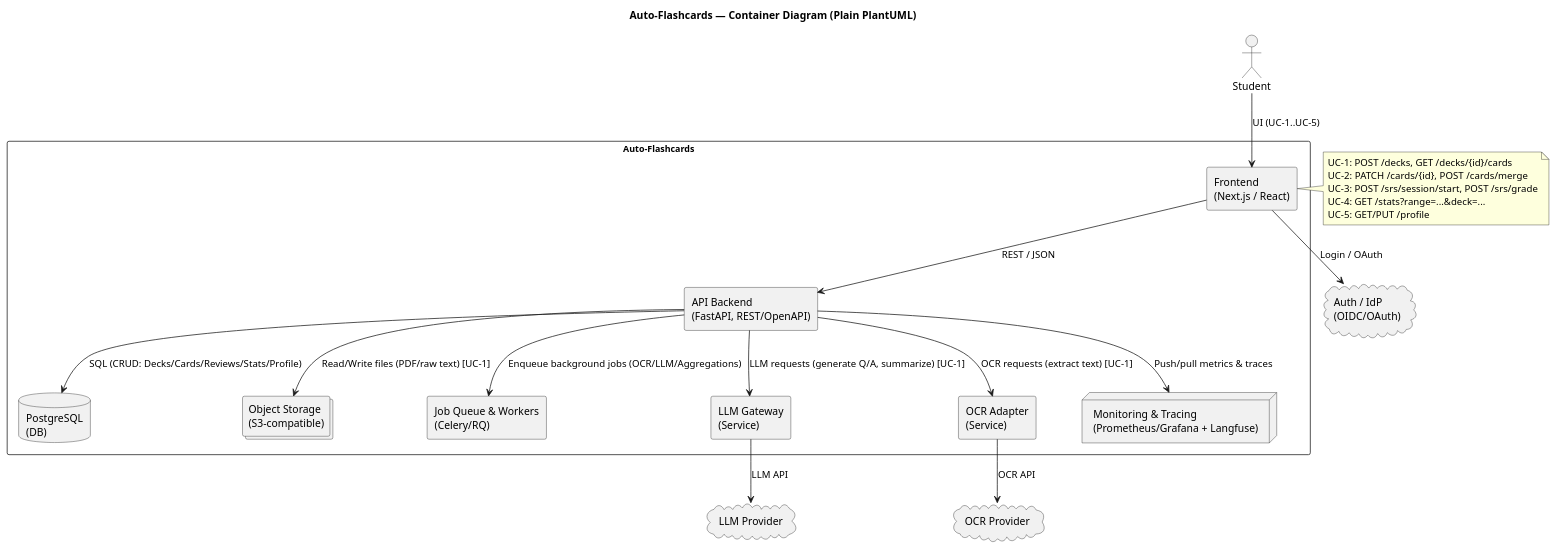
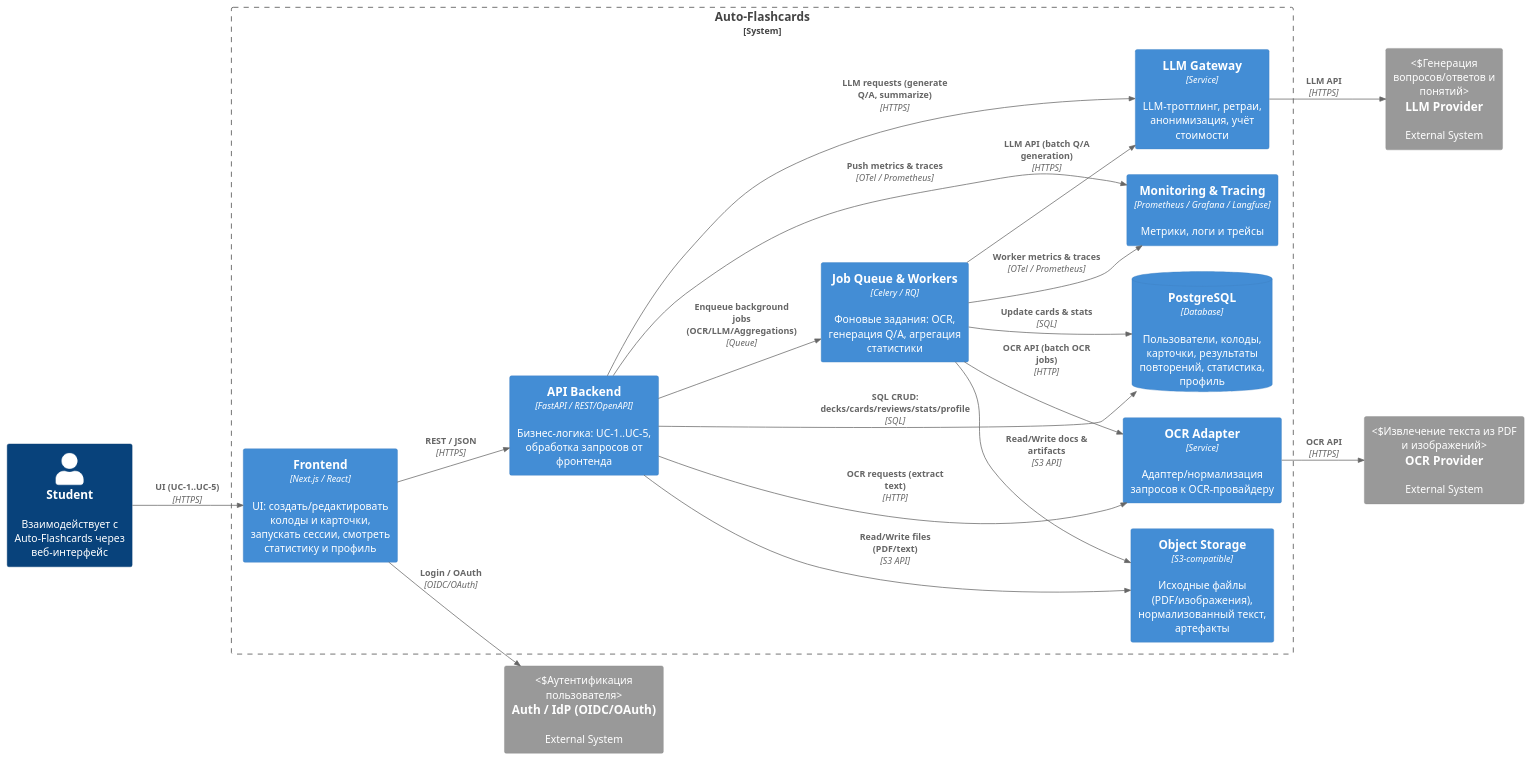
The diagram in docs/architecture/plantuml -tpng container.puml (vstu-sii/bachelor-2025-team-codex), drawn with PlantUML before and after one commit. The commit also changed 3 other files, not shown here.

Commit message:
Create a C4 diagram in simplified notation without choosing a day to study the card

```diff
--- a/docs/architecture/plantuml -tpng container.puml
+++ b/docs/architecture/plantuml -tpng container.puml
@@ -1,60 +1,47 @@
 @startuml
-' ===== Auto-Flashcards — Plain PlantUML Container Diagram (no external includes) =====
-skinparam componentStyle rectangle
-skinparam shadowing false
-skinparam rectangle {
-  StereotypeFontSize 12
-  FontSize 12
+!include https://raw.githubusercontent.com/plantuml-stdlib/C4-PlantUML/master/C4_Container.puml
+
+LAYOUT_LEFT_RIGHT()
+HIDE_STEREOTYPE()
+
+Person(student, "Student", "Взаимодействует с Auto-Flashcards через веб-интерфейс")
+
+System_Boundary(sys, "Auto-Flashcards") {
+  Container(fe, "Frontend", "Next.js / React", "UI: создать/редактировать колоды и карточки, запускать сессии, смотреть статистику и профиль")
+  Container(api, "API Backend", "FastAPI / REST/OpenAPI", "Бизнес-логика: UC-1..UC-5, обработка запросов от фронтенда")
+  ContainerDb(db, "PostgreSQL", "Database", "Пользователи, колоды, карточки, результаты повторений, статистика, профиль")
+  Container(store, "Object Storage", "S3-compatible", "Исходные файлы (PDF/изображения), нормализованный текст, артефакты")
+  Container(queue, "Job Queue & Workers", "Celery / RQ", "Фоновые задания: OCR, генерация Q/A, агрегация статистики")
+  Container(gw, "LLM Gateway", "Service", "LLM-троттлинг, ретраи, анонимизация, учёт стоимости")
+  Container(ocr, "OCR Adapter", "Service", "Адаптер/нормализация запросов к OCR-провайдеру")
+  Container(mon, "Monitoring & Tracing", "Prometheus / Grafana / Langfuse", "Метрики, логи и трейсы")
 }
 
-title Auto-Flashcards — Container Diagram (Plain PlantUML)
+System_Ext(auth, "Auth / IdP (OIDC/OAuth)", "External System", "Аутентификация пользователя")
+System_Ext(llm, "LLM Provider", "External System", "Генерация вопросов/ответов и понятий")
+System_Ext(ocrsvc, "OCR Provider", "External System", "Извлечение текста из PDF и изображений")
 
-actor "Student" as Student
+' --- Взаимодействия пользователя
+Rel(student, fe, "UI (UC-1..UC-5)", "HTTPS")
 
-cloud "Auth / IdP\n(OIDC/OAuth)" as AUTH
-cloud "LLM Provider" as LLM
-cloud "OCR Provider" as OCRSVC
+' --- Внешние системы
+Rel(fe, auth, "Login / OAuth", "OIDC/OAuth")
+Rel(fe, api, "REST / JSON", "HTTPS")
 
-rectangle "Auto-Flashcards" as SYSTEM {
-  component "Frontend\n(Next.js / React)" as FE
-  component "API Backend\n(FastAPI, REST/OpenAPI)" as API
-  database "PostgreSQL\n(DB)" as DB
-  collections "Object Storage\n(S3-compatible)" as STORE
-  component "Job Queue & Workers\n(Celery/RQ)" as Q
-  component "LLM Gateway\n(Service)" as GW
-  component "OCR Adapter\n(Service)" as OCR
-  node "Monitoring & Tracing\n(Prometheus/Grafana + Langfuse)" as MON
-}
+Rel(api, db, "SQL CRUD: decks/cards/reviews/stats/profile", "SQL")
+Rel(api, store, "Read/Write files (PDF/text)", "S3 API")
+Rel(api, queue, "Enqueue background jobs (OCR/LLM/Aggregations)", "Queue")
+Rel(api, gw, "LLM requests (generate Q/A, summarize)", "HTTPS")
+Rel(api, ocr, "OCR requests (extract text)", "HTTP")
+Rel(api, mon, "Push metrics & traces", "OTel / Prometheus")
 
-' --- External interactions
-Student --> FE : UI (UC-1..UC-5)
-FE --> AUTH : Login / OAuth
-FE --> API : REST / JSON
+Rel(queue, gw, "LLM API (batch Q/A generation)", "HTTPS")
+Rel(queue, ocr, "OCR API (batch OCR jobs)", "HTTP")
+Rel(queue, db, "Update cards & stats", "SQL")
+Rel(queue, store, "Read/Write docs & artifacts", "S3 API")
+Rel(queue, mon, "Worker metrics & traces", "OTel / Prometheus")
 
-' --- Internal interactions
-API --> DB : SQL (CRUD: Decks/Cards/Reviews/Stats/Profile)
-API --> STORE : Read/Write files (PDF/raw text) [UC-1]
-API --> Q : Enqueue background jobs (OCR/LLM/Aggregations)
-API --> GW : LLM requests (generate Q/A, summarize) [UC-1]
-API --> OCR : OCR requests (extract text) [UC-1]
-API --> MON : Push/pull metrics & traces
-
-GW --> LLM : LLM API
-OCR --> OCRSVC : OCR API
-
-' --- UC endpoints cheat sheet
-note right of FE
-UC-1: POST /decks, GET /decks/{id}/cards
-UC-2: PATCH /cards/{id}, POST /cards/merge
-UC-3: POST /srs/session/start, POST /srs/grade
-UC-4: GET /stats?range=...&deck=...
-UC-5: GET/PUT /profile
-end note
-
-' --- NFR notes (as comments)
-' P95 ≤ 800ms for interactive flows
-' Queue long-running tasks (OCR/LLM/Aggregations)
-' TLS + minimize data sent to LLM + RBAC
-' Prometheus/Grafana + Langfuse for observability
+Rel(gw, llm, "LLM API", "HTTPS")
+Rel(ocr, ocrsvc, "OCR API", "HTTPS")
 
 @enduml
```
